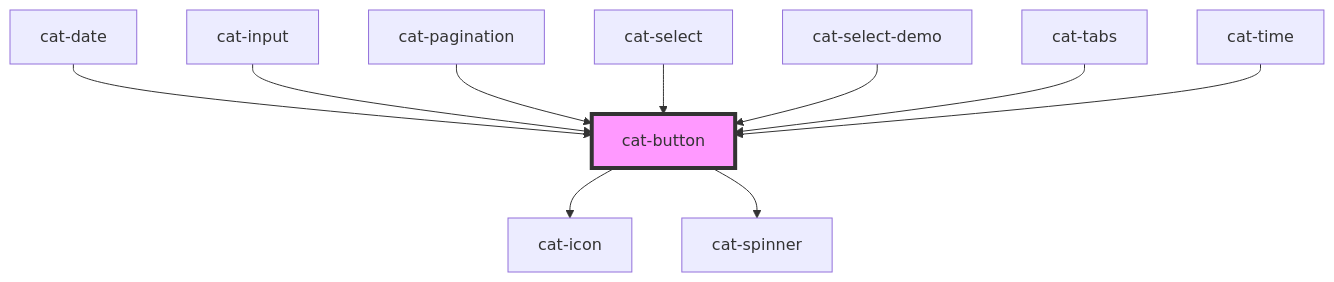
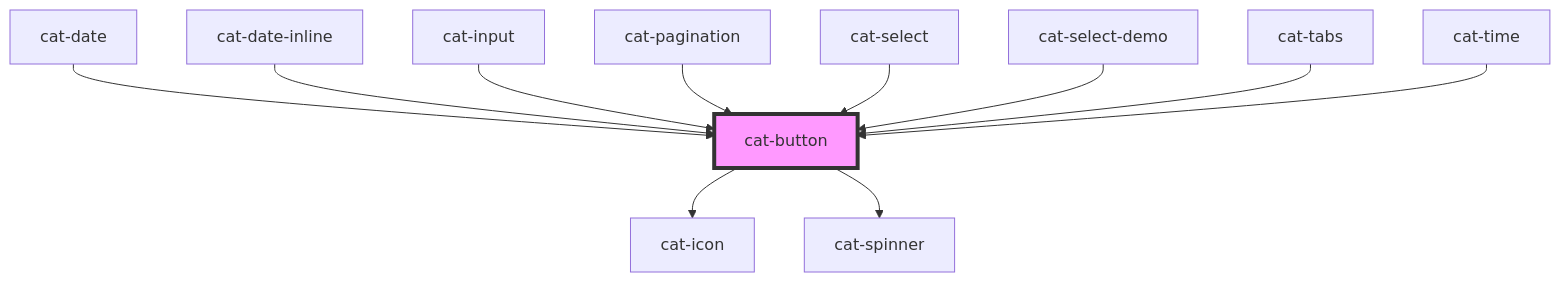
One commit to haiilo/catalyst changed the diagram in core/src/components/cat-button/readme.md. Above: the diagram before and after it, drawn with Mermaid. The commit also changed other lines of this file and 16 other files, not shown here.

````diff
--- a/core/src/components/cat-button/readme.md
+++ b/core/src/components/cat-button/readme.md
@@ -117,13 +118,14 @@
 ```mermaid
 graph TD;
   cat-button --> cat-icon
   cat-button --> cat-spinner
   cat-date --> cat-button
+  cat-date-inline --> cat-button
   cat-input --> cat-button
   cat-pagination --> cat-button
   cat-select --> cat-button
   cat-select-demo --> cat-button
   cat-tabs --> cat-button
   cat-time --> cat-button
   style cat-button fill:#f9f,stroke:#333,stroke-width:4px
 ```
````
